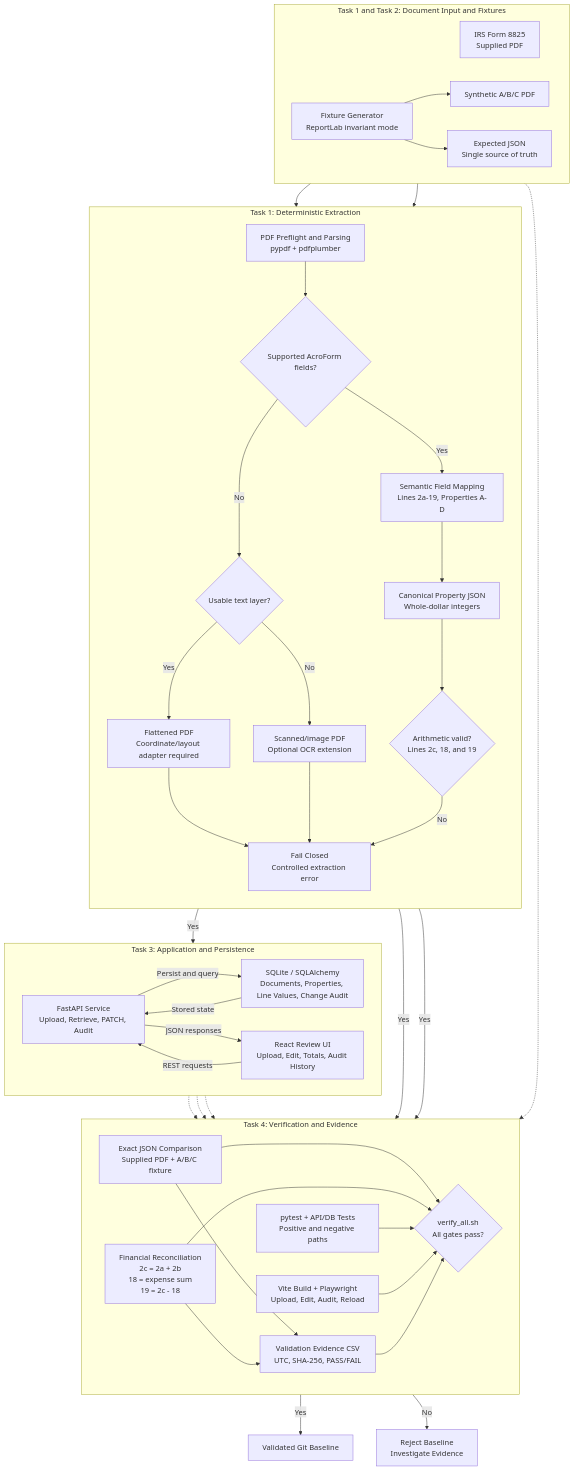
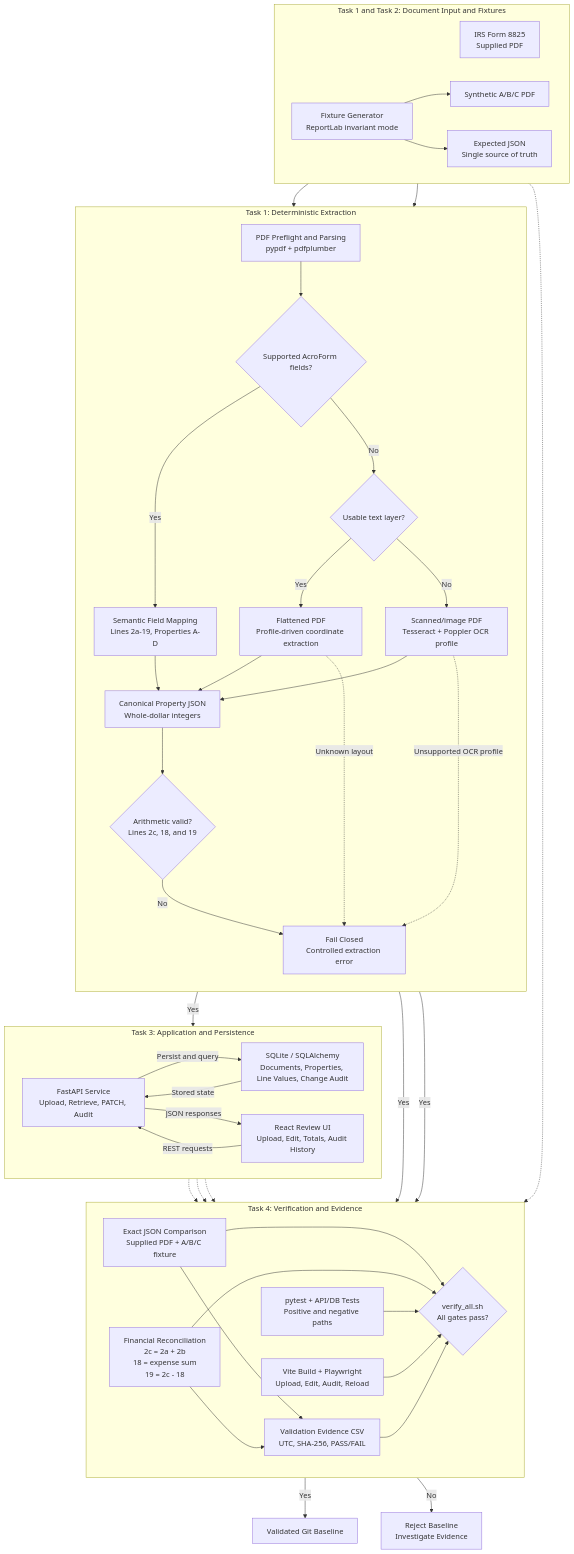
The first of 2 diagrams in docs/Architecture.md (studioraga/form8825), drawn with Mermaid before and after one commit. The commit also changed other lines of this file and 13 other files, not shown here.

```diff
--- a/docs/Architecture.md
+++ b/docs/Architecture.md
@@ -35,8 +35,8 @@
         ACRO{"Supported AcroForm fields?"}
         FIELD["Semantic Field Mapping<br/>Lines 2a-19, Properties A-D"]
         TEXT{"Usable text layer?"}
-        FLAT["Flattened PDF<br/>Coordinate/layout adapter required"]
-        SCAN["Scanned/image PDF<br/>Optional OCR extension"]
+        FLAT["Flattened PDF<br/>Profile-driven coordinate extraction"]
+        SCAN["Scanned/image PDF<br/>Tesseract + Poppler OCR profile"]
         CANON["Canonical Property JSON<br/>Whole-dollar integers"]
         VALID{"Arithmetic valid?<br/>Lines 2c, 18, and 19"}
         REJECT["Fail Closed<br/>Controlled extraction error"]
@@ -48,9 +48,11 @@
 
         ACRO -->|No| TEXT
         TEXT -->|Yes| FLAT
-        FLAT --> REJECT
+        FLAT --> CANON
+        FLAT -.->|Unknown layout| REJECT
         TEXT -->|No| SCAN
-        SCAN --> REJECT
+        SCAN --> CANON
+        SCAN -.->|Unsupported OCR profile| REJECT
 
         VALID -->|No| REJECT
     end
```
